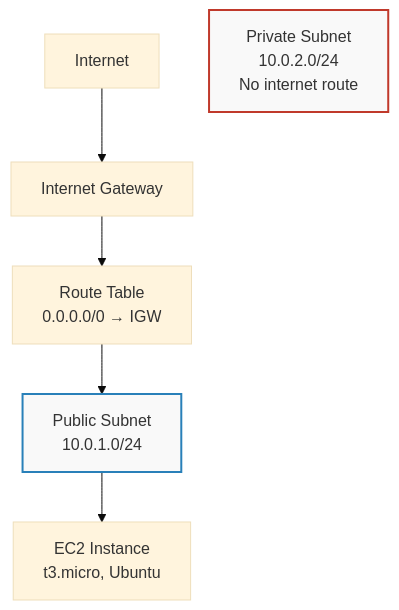
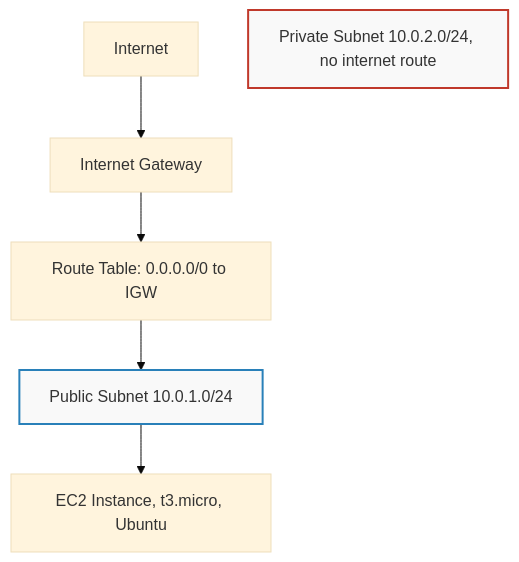
One commit to JebsonSEO/cloudsec-aws changed the diagram in README.md. Above: the diagram before and after it, drawn with Mermaid (base theme). The commit also changed other lines of this file, not shown here.

````diff
--- a/README.md
+++ b/README.md
@@ -13,11 +13,11 @@
 ```mermaid
 graph TD
     Internet[Internet] --> IGW[Internet Gateway]
-    IGW --> RT[Route Table<br/>0.0.0.0/0 → IGW]
-    RT --> PubSub[Public Subnet<br/>10.0.1.0/24]
-    PubSub --> EC2[EC2 Instance<br/>t3.micro, Ubuntu]
-    PrivSub[Private Subnet<br/>10.0.2.0/24<br/>No internet route]
+    IGW --> RT[Route Table: 0.0.0.0/0 to IGW]
+    RT --> PubSub[Public Subnet 10.0.1.0/24]
+    PubSub --> EC2[EC2 Instance, t3.micro, Ubuntu]
+    PrivSub[Private Subnet 10.0.2.0/24, no internet route]
 
     style PrivSub fill:#f9f9f9,stroke:#c0392b,stroke-width:2px
     style PubSub fill:#f9f9f9,stroke:#2980b9,stroke-width:2px
 ```
````
